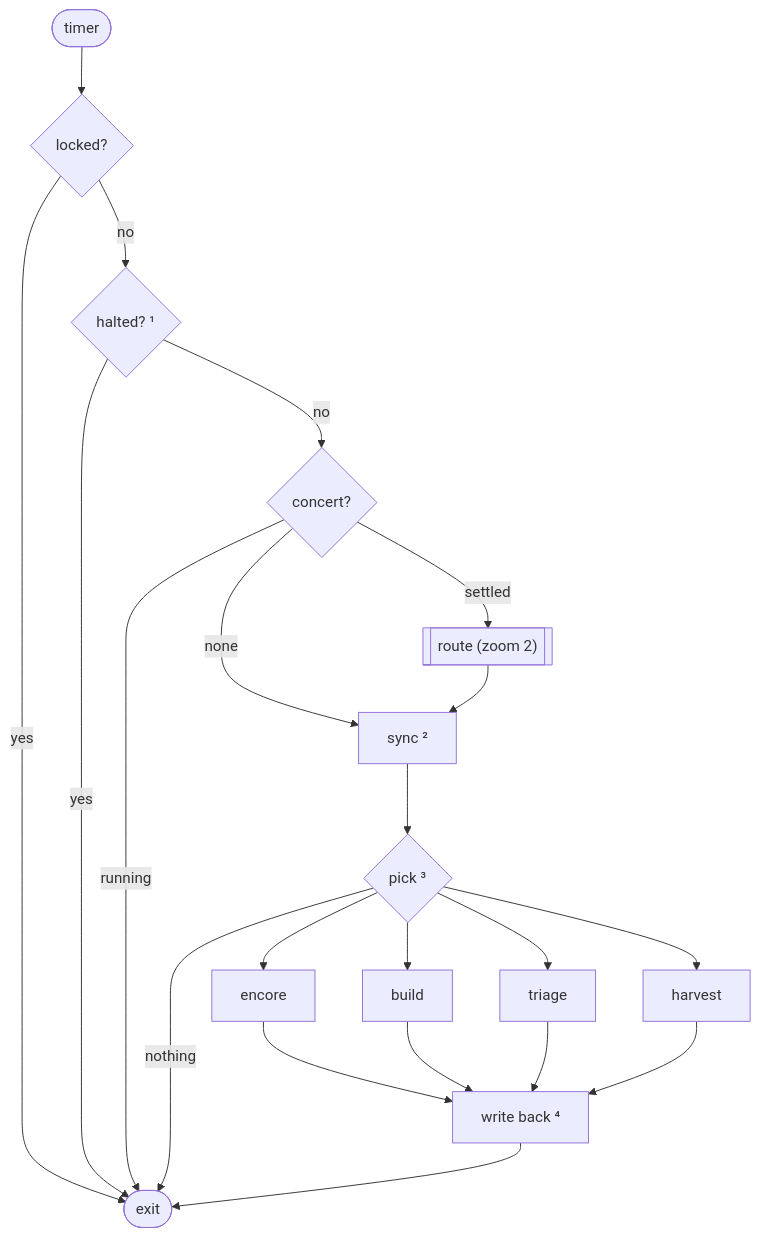
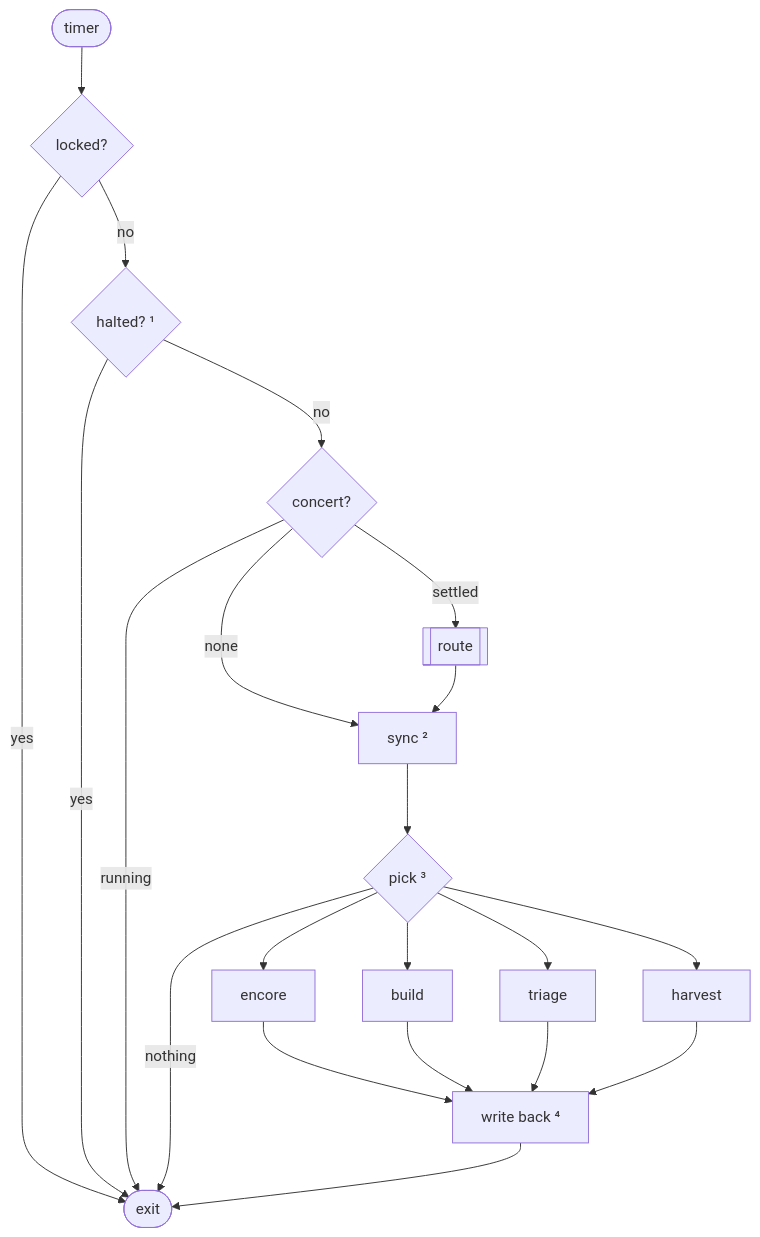
One commit to dvalnn/maestro changed the third of 5 diagrams in docs/agents/factory.md. Above: the diagram before and after it, drawn with Mermaid. The commit also changed other lines of this file and 6 other files, not shown here.

Commit message:
docs(factory): chart the tour manager's state machine

````diff
--- a/docs/agents/factory.md
+++ b/docs/agents/factory.md
@@ -55,19 +95,19 @@
 ```mermaid
 flowchart TD
     T(["timer"]) --> L{"locked?"}
     L -->|yes| X(["exit"])
     L -->|no| H{"halted? ¹"}
     H -->|yes| X
     H -->|no| C{"concert?"}
     C -->|running| X
-    C -->|settled| S[["route (zoom 2)"]]
+    C -->|settled| S[["route"]]
     C -->|none| SY
     S --> SY["sync ²"]
     SY --> P{"pick ³"}
     P --> E["encore"]
     P --> SL["build"]
     P --> TR["triage"]
     P --> HV["harvest"]
     P -->|nothing| X
     E & SL & TR & HV --> W["write back ⁴"] --> X
 ```
````
